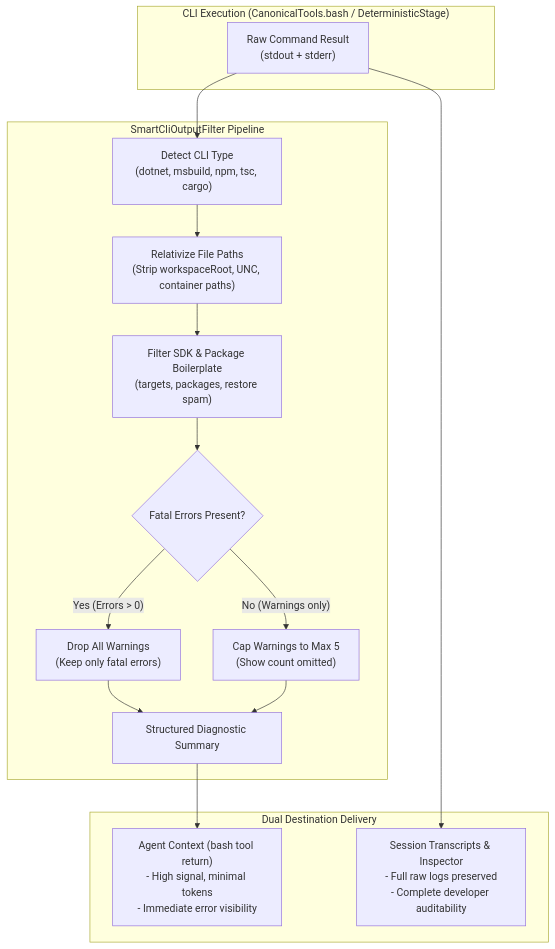
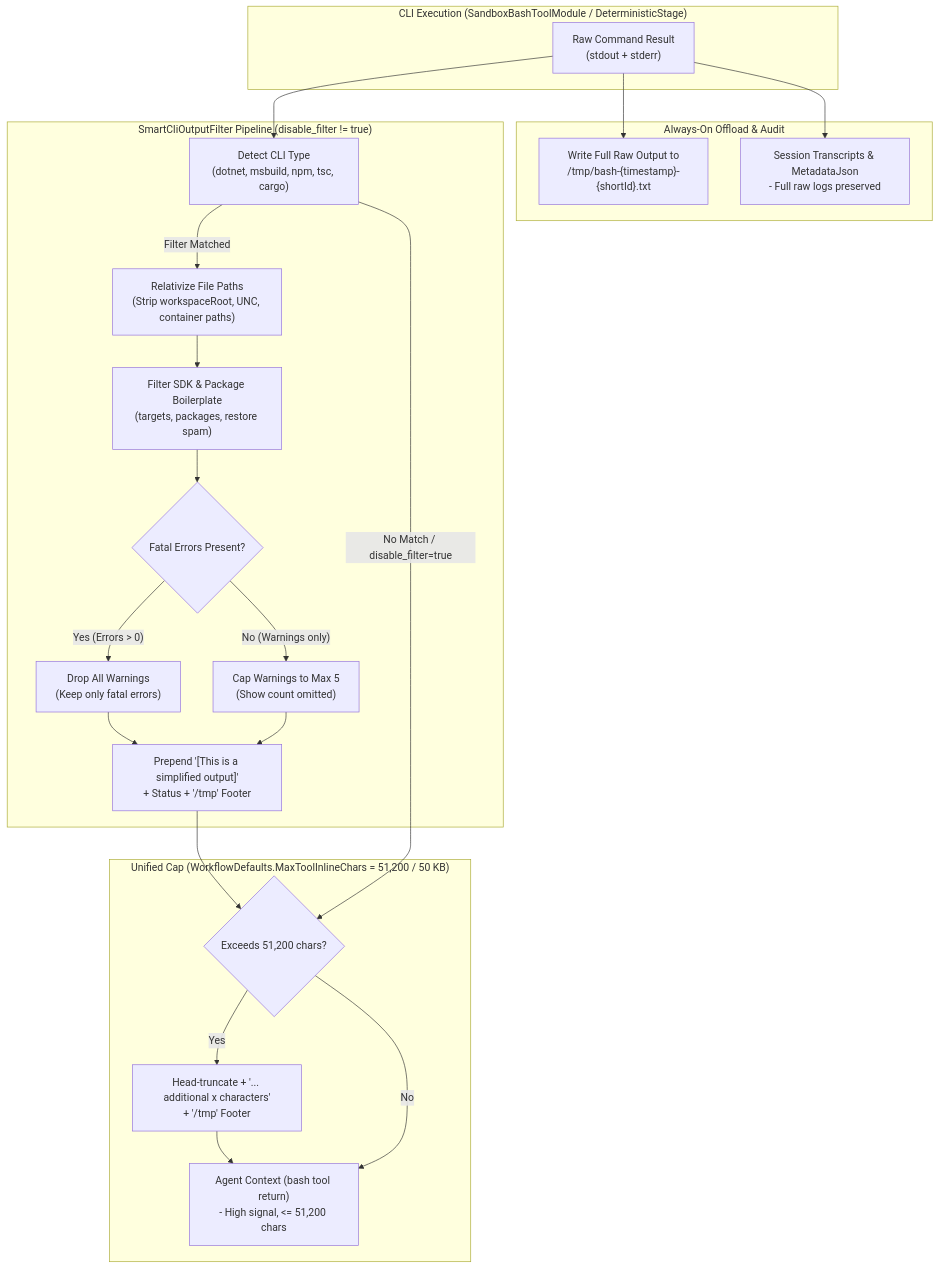
The first of 2 diagrams in docs/features/STEP_12_6_SMART_CLI_AND_BASH_OUTPUT_FILTERING.md (jetelain/NightCodeForge), drawn with Mermaid before and after one commit. The commit also changed other lines of this file and 4 other files, not shown here.

````diff
--- a/docs/features/STEP_12_6_SMART_CLI_AND_BASH_OUTPUT_FILTERING.md
+++ b/docs/features/STEP_12_6_SMART_CLI_AND_BASH_OUTPUT_FILTERING.md
@@ -50,27 +70,38 @@
 ```mermaid
 flowchart TD
-    subgraph Execution ["CLI Execution (CanonicalTools.bash / DeterministicStage)"]
+    subgraph Execution ["CLI Execution (SandboxBashToolModule / DeterministicStage)"]
         RawOutput["Raw Command Result<br/>(stdout + stderr)"]
     end
 
-    subgraph Pipeline ["SmartCliOutputFilter Pipeline"]
+    subgraph Offload ["Always-On Offload & Audit"]
+        TmpFile["Write Full Raw Output to<br/>/tmp/bash-{timestamp}-{shortId}.txt"]
+        FullLogs["Session Transcripts & MetadataJson<br/>- Full raw logs preserved"]
+    end
+
+    subgraph Pipeline ["SmartCliOutputFilter Pipeline (disable_filter != true)"]
         DetectCli["Detect CLI Type<br/>(dotnet, msbuild, npm, tsc, cargo)"]
         Relativize["Relativize File Paths<br/>(Strip workspaceRoot, UNC, container paths)"]
         StripSdk["Filter SDK & Package Boilerplate<br/>(targets, packages, restore spam)"]
         WarnFilter{"Fatal Errors Present?"}
         DropWarn["Drop All Warnings<br/>(Keep only fatal errors)"]
         CapWarn["Cap Warnings to Max 5<br/>(Show count omitted)"]
-        FormatDiag["Structured Diagnostic Summary"]
+        FormatDiag["Prepend '[This is a simplified output]'<br/>+ Status + '/tmp' Footer"]
     end
 
-    subgraph DualDestinations ["Dual Destination Delivery"]
-        AgentContext["Agent Context (bash tool return)<br/>- High signal, minimal tokens<br/>- Immediate error visibility"]
-        FullLogs["Session Transcripts & Inspector<br/>- Full raw logs preserved<br/>- Complete developer auditability"]
+    subgraph GenericCap ["Unified Cap (WorkflowDefaults.MaxToolInlineChars = 51,200 / 50 KB)"]
+        CapCheck{"Exceeds 51,200 chars?"}
+        HeadTrunc["Head-truncate + '... additional x characters'<br/>+ '/tmp' Footer"]
+        AgentContext["Agent Context (bash tool return)<br/>- High signal, <= 51,200 chars"]
     end
 
-    RawOutput --> DetectCli --> Relativize --> StripSdk --> WarnFilter
+    RawOutput --> TmpFile
+    RawOutput --> FullLogs
+    RawOutput --> DetectCli
+    DetectCli -- "Filter Matched" --> Relativize --> StripSdk --> WarnFilter
     WarnFilter -- "Yes (Errors > 0)" --> DropWarn --> FormatDiag
     WarnFilter -- "No (Warnings only)" --> CapWarn --> FormatDiag
-    FormatDiag --> AgentContext
-    RawOutput --> FullLogs
+    FormatDiag --> CapCheck
+    DetectCli -- "No Match / disable_filter=true" --> CapCheck
+    CapCheck -- "Yes" --> HeadTrunc --> AgentContext
+    CapCheck -- "No" --> AgentContext
 ```
````
